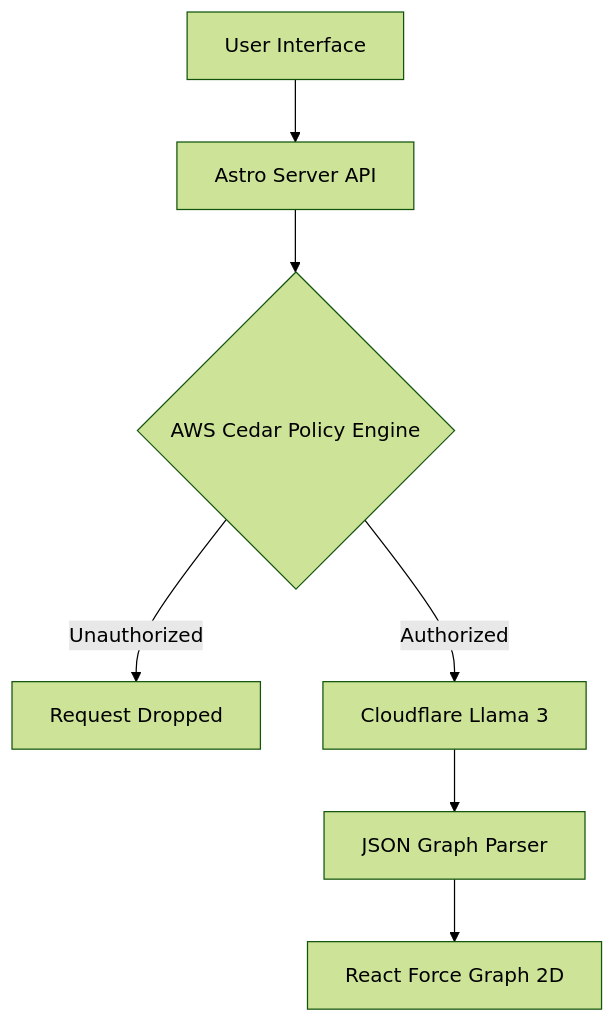
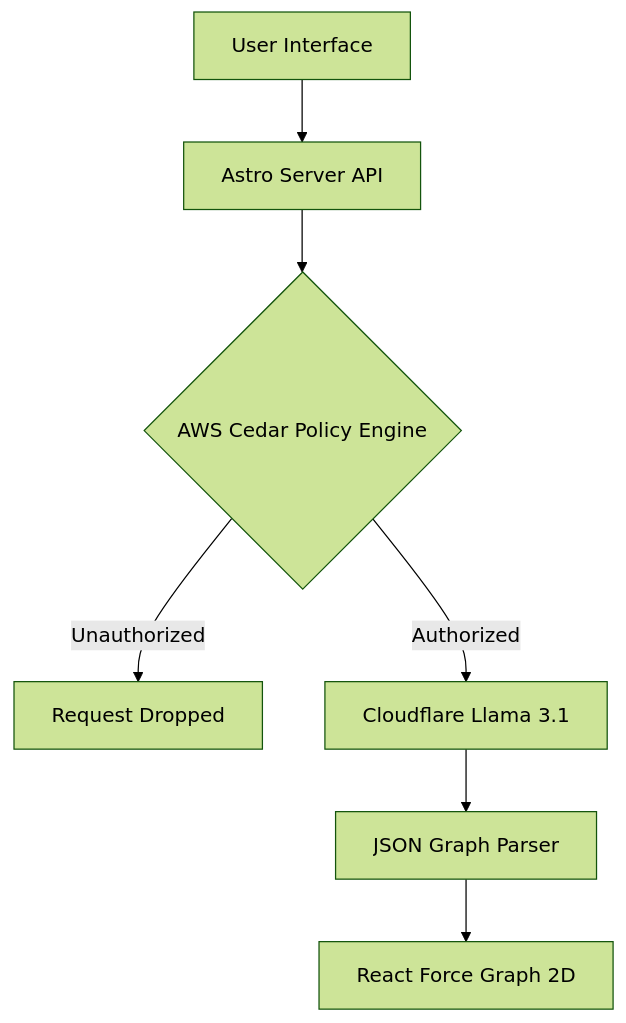
The diagram in README.md (Tech-no-mad/DEEPGRAPH), drawn with Mermaid (forest theme) before and after one commit. The commit also changed other lines of this file and 2 other files, not shown here.

Commit message:
fix: Update Cloudflare endpoint to Llama 3.1

````diff
--- a/README.md
+++ b/README.md
@@ -24,9 +24,9 @@
 ```mermaid
 graph TD
     UI[User Interface] --> API[Astro Server API]
     API --> Auth{AWS Cedar Policy Engine}
     Auth -- "Unauthorized" --> Block[Request Dropped]
-    Auth -- "Authorized" --> LLM[Cloudflare Llama 3]
+    Auth -- "Authorized" --> LLM[Cloudflare Llama 3.1]
     LLM --> Parse[JSON Graph Parser]
     Parse --> Render[React Force Graph 2D]
 ```
````
